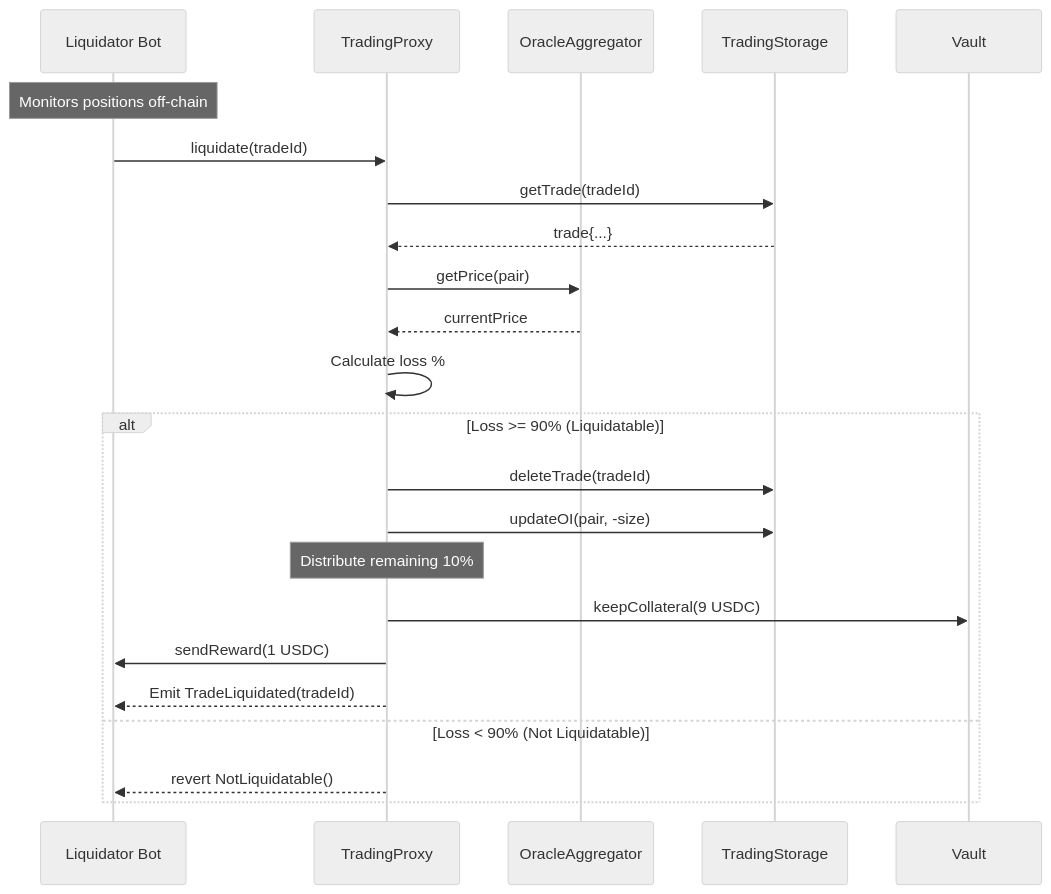
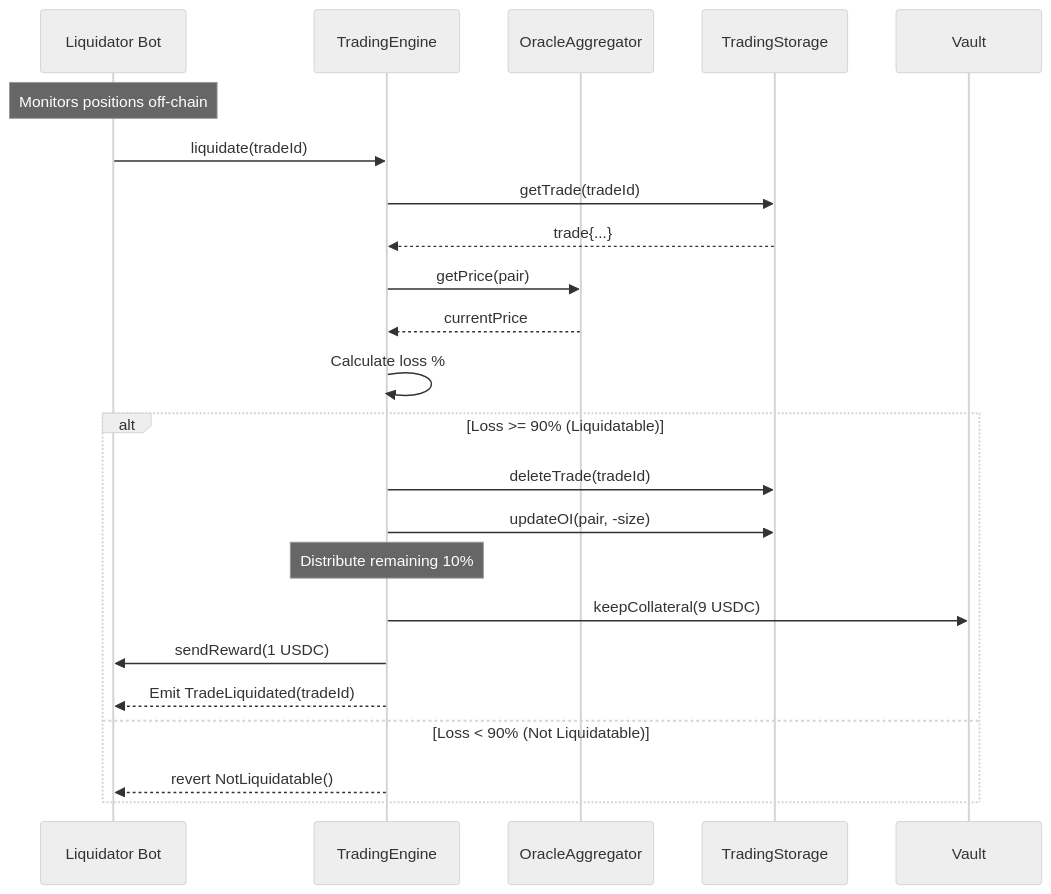
The fifth of 5 diagrams in docs/03-architecture.md (GushALKDev/evm-synthetic-trading-protocol), drawn with Mermaid (neutral theme) before and after one commit. The commit also changed other lines of this file and 13 other files, not shown here.

First line of the commit message:
Add TradingStorage and rename components to TradingEngine

````diff
--- a/docs/03-architecture.md
+++ b/docs/03-architecture.md
@@ -330,32 +330,32 @@
 ```mermaid
 sequenceDiagram
     participant Bot as Liquidator Bot
-    participant Trading as TradingProxy
+    participant Trading as TradingEngine
     participant Oracle as OracleAggregator
     participant Storage as TradingStorage
     participant Vault
 
     Note over Bot: Monitors positions off-chain
     Bot->>Trading: liquidate(tradeId)
     
     Trading->>Storage: getTrade(tradeId)
     Storage-->>Trading: trade{...}
     
     Trading->>Oracle: getPrice(pair)
     Oracle-->>Trading: currentPrice
     
     Trading->>Trading: Calculate loss %
     
     alt Loss >= 90% (Liquidatable)
         Trading->>Storage: deleteTrade(tradeId)
         Trading->>Storage: updateOI(pair, -size)
         
         Note over Trading: Distribute remaining 10%
         Trading->>Vault: keepCollateral(9 USDC)
         Trading->>Bot: sendReward(1 USDC)
         
         Trading-->>Bot: Emit TradeLiquidated(tradeId)
     else Loss < 90% (Not Liquidatable)
         Trading-->>Bot: revert NotLiquidatable()
     end
 ```
````
